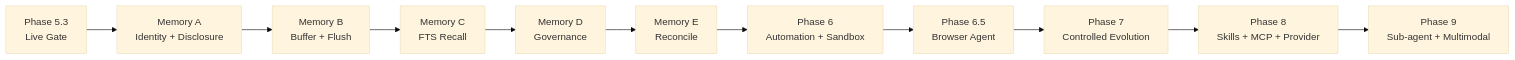
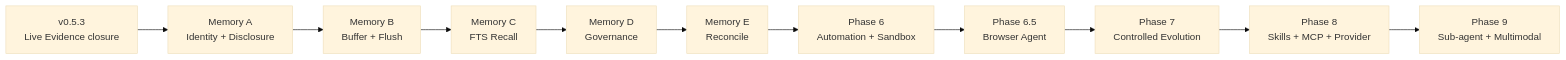
The second of 2 diagrams in README_EN.md (NEDONION/lobster0), drawn with Mermaid (base theme) before and after one commit. The commit also changed other lines of this file and 32 other files, not shown here.

Commit message:
docs(roadmap): 统一 Phase 交付时间线与当前证据

````diff
--- a/README_EN.md
+++ b/README_EN.md
@@ -222,13 +223,13 @@
 ```mermaid
 flowchart LR
-    P53["Phase 5.3\nLive Gate"] --> MA["Memory A\nIdentity + Disclosure"]
+    P53["v0.5.3\nLive Evidence closure"] --> MA["Memory A\nIdentity + Disclosure"]
     MA --> MB["Memory B\nBuffer + Flush"]
     MB --> MC["Memory C\nFTS Recall"]
     MC --> MD["Memory D\nGovernance"]
     MD --> ME["Memory E\nReconcile"]
     ME --> P6["Phase 6\nAutomation + Sandbox"]
     P6 --> P65["Phase 6.5\nBrowser Agent"]
     P65 --> P7["Phase 7\nControlled Evolution"]
     P7 --> P8["Phase 8\nSkills + MCP + Provider"]
     P8 --> P9["Phase 9\nSub-agent + Multimodal"]
 ```
````
